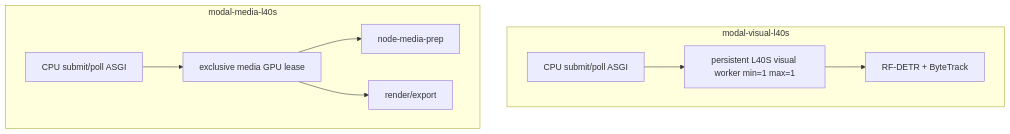
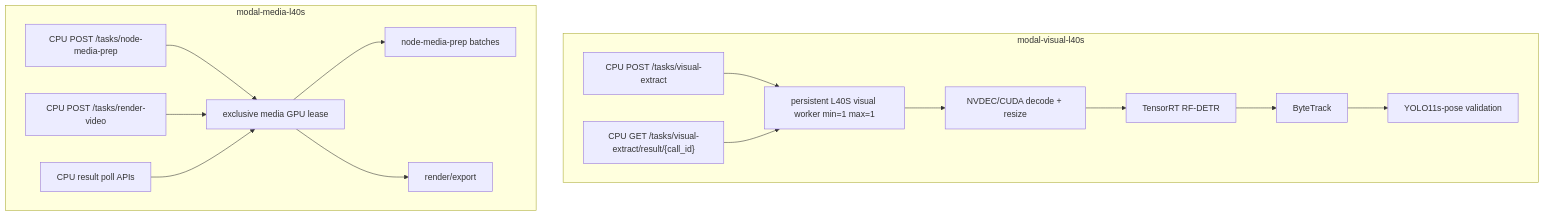
Before and after one commit to ClyptAI/Clypt-Backend: the fourth of 4 diagrams in docs/specs/2026-05-02_scribe_v2_modal_l40s_phase1_phase26_refactor_spec.md, drawn with Mermaid. The commit also changed other lines of this file and 8 other files, not shown here.

````diff
--- a/docs/specs/2026-05-02_scribe_v2_modal_l40s_phase1_phase26_refactor_spec.md
+++ b/docs/specs/2026-05-02_scribe_v2_modal_l40s_phase1_phase26_refactor_spec.md
@@ -161,19 +200,27 @@
 ```mermaid
 flowchart TD
   subgraph VISPOOL["modal-visual-l40s"]
-    VAPI["CPU submit/poll ASGI"]
+    VAPI["CPU POST /tasks/visual-extract"]
+    VPOLL["CPU GET /tasks/visual-extract/result/{call_id}"]
     VJOB["persistent L40S visual worker min=1 max=1"]
+    VDECODE["NVDEC/CUDA decode + resize"]
+    VRFD["TensorRT RF-DETR"]
+    VTRACK["ByteTrack"]
+    VPOSE["YOLO11s-pose validation"]
     VAPI --> VJOB
-    VJOB --> RFD["RF-DETR + ByteTrack"]
+    VPOLL --> VJOB
+    VJOB --> VDECODE --> VRFD --> VTRACK --> VPOSE
   end
 
   subgraph MEDPOOL["modal-media-l40s"]
-    MAPI["CPU submit/poll ASGI"]
+    PREPAPI["CPU POST /tasks/node-media-prep"]
+    RENDERAPI["CPU POST /tasks/render-video"]
+    MPOLL["CPU result poll APIs"]
     LEASE["exclusive media GPU lease"]
-    PREP["node-media-prep"]
+    PREP["node-media-prep batches"]
     RENDER["render/export"]
-    MAPI --> LEASE
-    LEASE --> PREP
-    LEASE --> RENDER
+    PREPAPI --> LEASE --> PREP
+    RENDERAPI --> LEASE --> RENDER
+    MPOLL --> LEASE
   end
 ```
````
